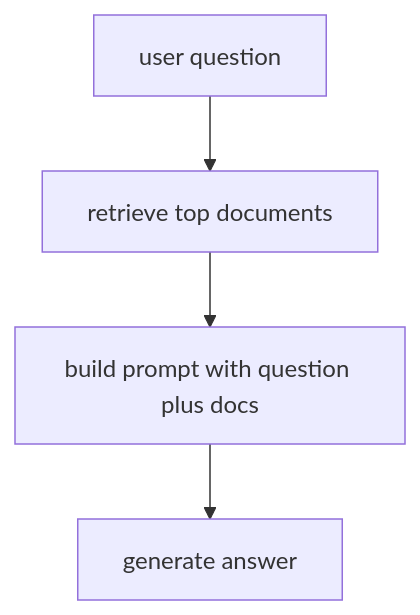
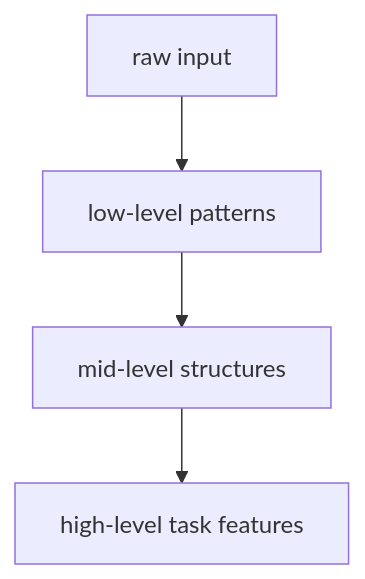
One commit to devchan64/AiBook changed the diagram in docs/parts/part-05/chapter-10/section-02.md. Above: the diagram before and after it, drawn with Mermaid. The commit also changed other lines of this file and 213 other files, not shown here.

````diff
--- a/docs/parts/part-05/chapter-10/section-02.md
+++ b/docs/parts/part-05/chapter-10/section-02.md
@@ -123,11 +148,11 @@
 ```mermaid
 flowchart TD
-  A["user question"]
-  B["retrieve top documents"]
-  C["build prompt with question plus docs"]
-  D["generate answer"]
+  A["raw input"]
+  B["low-level patterns"]
+  C["mid-level structures"]
+  D["high-level task features"]
 
   A --> B
   B --> C
   C --> D
 ```
````
